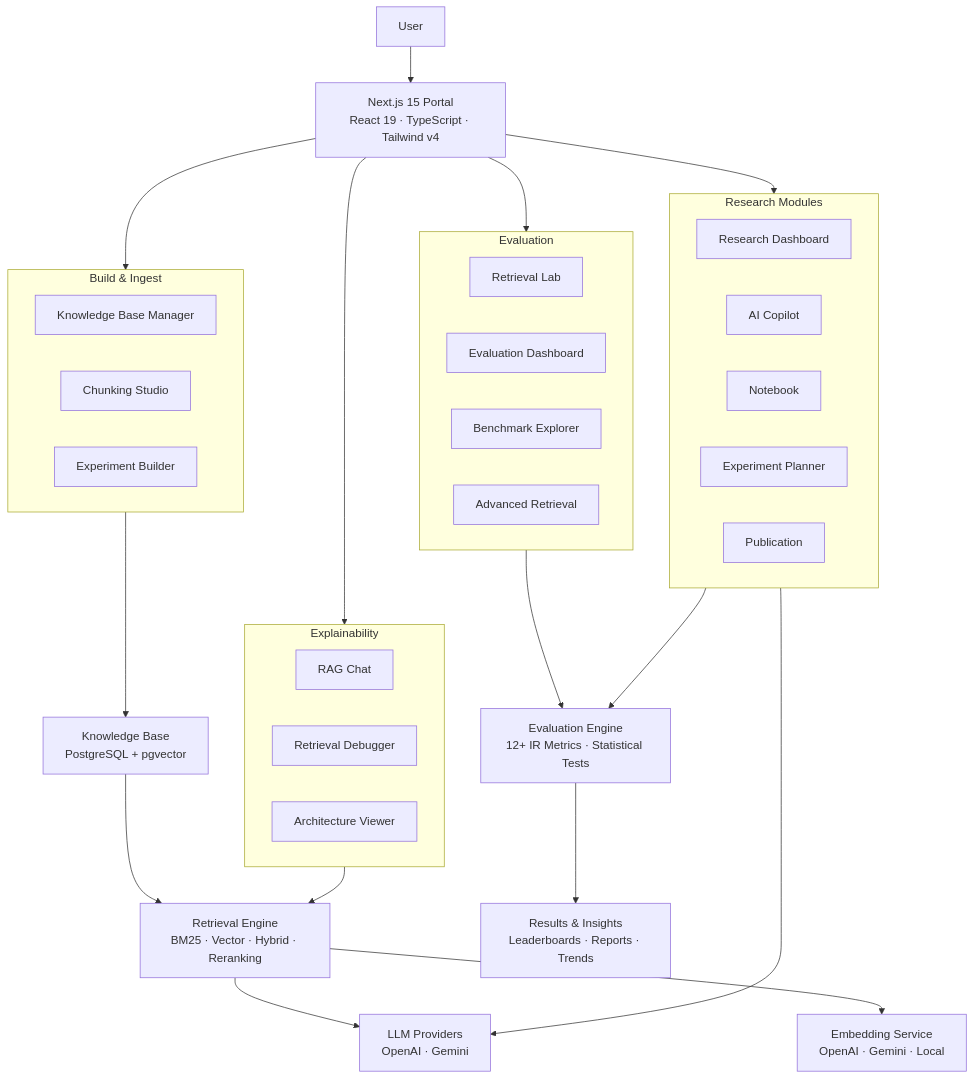
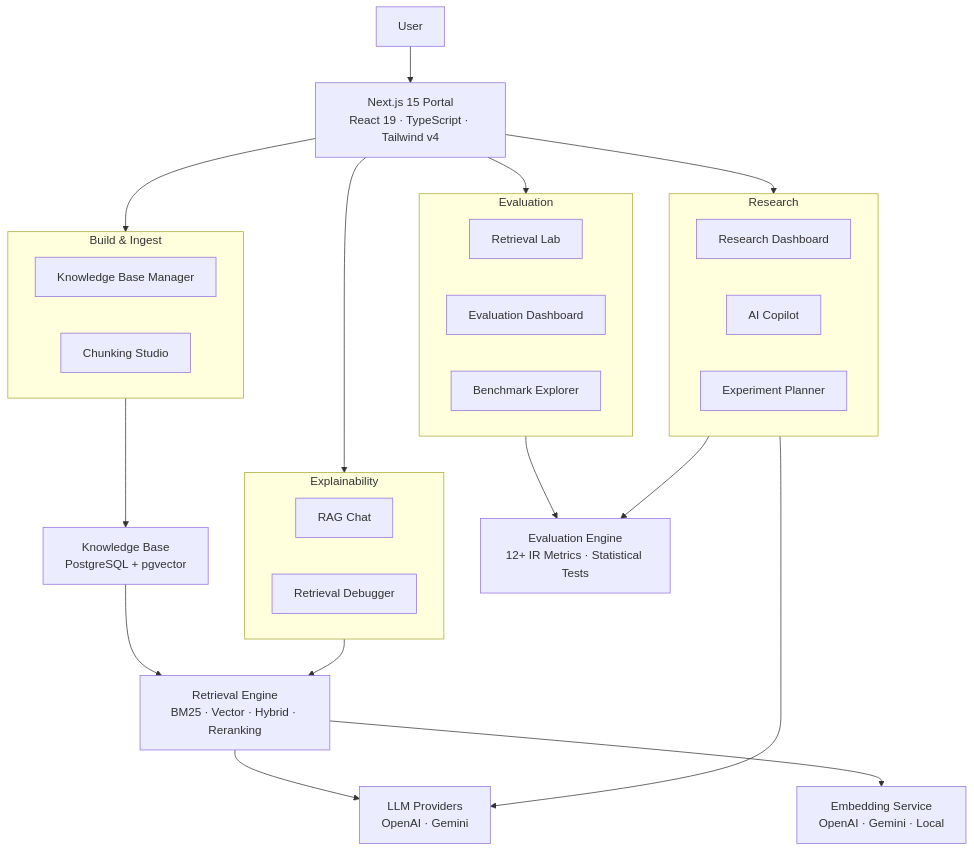
The diagram in README.md (ANUBprad/kairos), drawn with Mermaid before and after one commit. The commit also changed other lines of this file, not shown here.

````diff
--- a/README.md
+++ b/README.md
@@ -65,55 +98,48 @@
 ```mermaid
 flowchart TD
     User["User"]
     Portal["Next.js 15 Portal<br/>React 19 · TypeScript · Tailwind v4"]
-    
-    subgraph Research["Research Modules"]
+
+    subgraph Research["Research"]
         R1["Research Dashboard"]
         R2["AI Copilot"]
-        R3["Notebook"]
-        R4["Experiment Planner"]
-        R5["Publication"]
+        R3["Experiment Planner"]
     end
-    
+
     subgraph Build["Build & Ingest"]
         B1["Knowledge Base Manager"]
         B2["Chunking Studio"]
-        B3["Experiment Builder"]
     end
-    
+
     subgraph Evaluate["Evaluation"]
         E1["Retrieval Lab"]
         E2["Evaluation Dashboard"]
         E3["Benchmark Explorer"]
-        E4["Advanced Retrieval"]
     end
-    
+
     subgraph Explain["Explainability"]
         X1["RAG Chat"]
         X2["Retrieval Debugger"]
-        X3["Architecture Viewer"]
     end
-    
+
     KB["Knowledge Base<br/>PostgreSQL + pgvector"]
     Retrieval["Retrieval Engine<br/>BM25 · Vector · Hybrid · Reranking"]
     Embedding["Embedding Service<br/>OpenAI · Gemini · Local"]
     LLMs["LLM Providers<br/>OpenAI · Gemini"]
     Eval["Evaluation Engine<br/>12+ IR Metrics · Statistical Tests"]
-    Results["Results & Insights<br/>Leaderboards · Reports · Trends"]
 
     User --> Portal
     Portal --> Research
     Portal --> Build
     Portal --> Evaluate
     Portal --> Explain
-    
+
     Build --> KB
     KB --> Retrieval
     Retrieval --> Embedding
     Retrieval --> LLMs
     Evaluate --> Eval
-    Eval --> Results
     Explain --> Retrieval
     Research --> LLMs
     Research --> Eval
 ```
````
